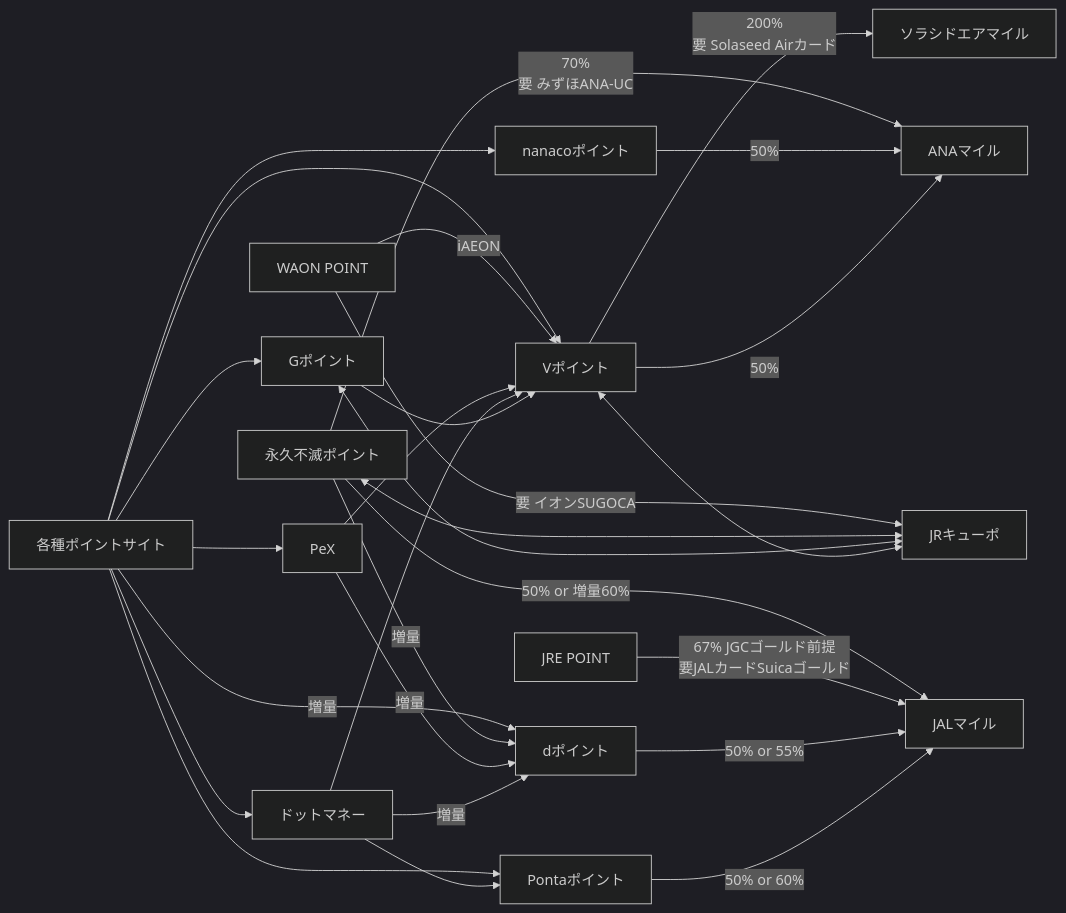
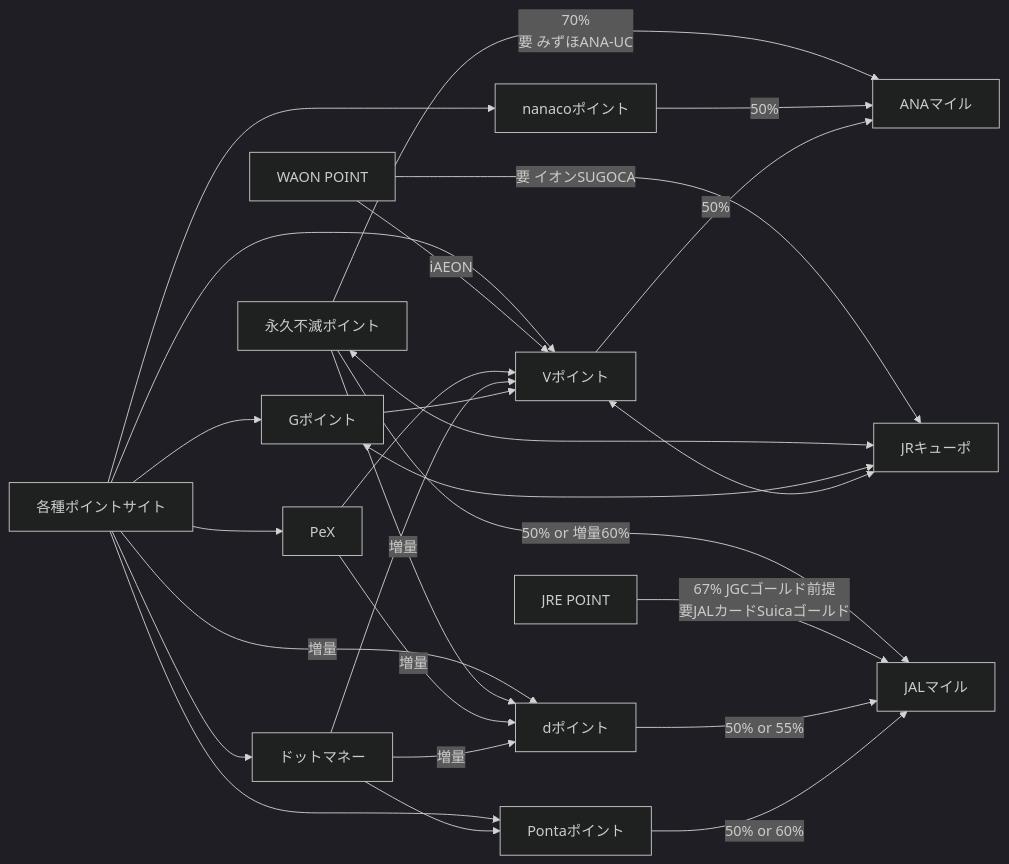
One commit to hiroxto/point-flow changed the diagram in README.md. Above: the diagram before and after it, drawn with Mermaid (dark theme).

Commit message:
ソラシドエアマイルの交換を削除

````diff
--- a/README.md
+++ b/README.md
@@ -5,34 +5,33 @@
 ```mermaid
 flowchart LR
 
 各種ポイントサイト-->PeX
 各種ポイントサイト-->ドットマネー
 各種ポイントサイト-->Gポイント
 各種ポイントサイト-->|増量|dポイント
 各種ポイントサイト-->Pontaポイント
 各種ポイントサイト-->Vポイント
 各種ポイントサイト-->nanacoポイント
 
-Vポイント-->|200%\n要 Solaseed Airカード|ソラシドエアマイル
 WAONP[WAON POINT]-->|要 イオンSUGOCA|JRキューポ
 WAONP-->|iAEON|Vポイント
 永久不滅ポイント<-->JRキューポ
 永久不滅ポイント-->|50% or 増量60%|JALマイル
 永久不滅ポイント-->|70%\n要 みずほANA-UC|ANAマイル
 永久不滅ポイント-->|増量|dポイント
 JREP[JRE POINT]-->|67% JGCゴールド前提\n要JALカードSuicaゴールド|JALマイル
 
 PeX-->Vポイント
 PeX-->|増量|dポイント
 ドットマネー-->Vポイント
 ドットマネー-->|増量|dポイント
 ドットマネー-->Pontaポイント
 Gポイント-->Vポイント
 Gポイント<-->JRキューポ
 
 nanacoポイント-->|50%|ANAマイル
 Vポイント-->|50%|ANAマイル
 Vポイント<-->JRキューポ
 dポイント-->|50% or 55%|JALマイル
 Pontaポイント-->|50% or 60%|JALマイル
 ```
````
